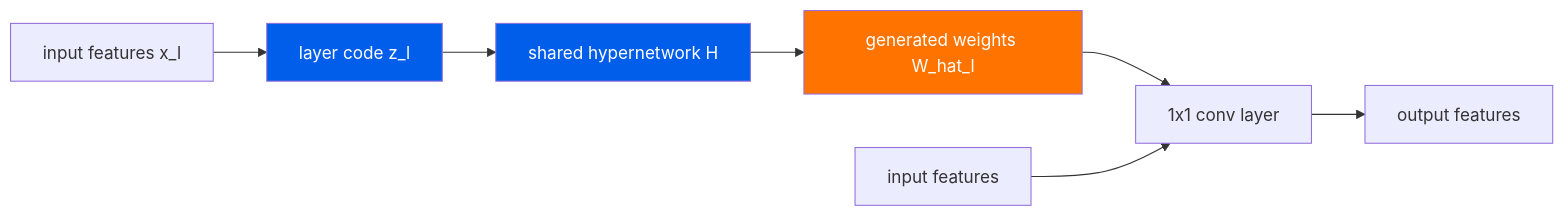
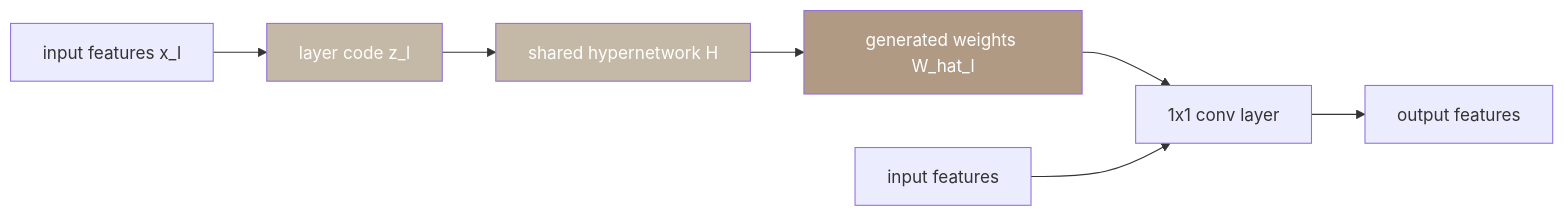
The diagram in _digests/2603.24916.md (bopi-bot/bopi-research), drawn with Mermaid before and after one commit. The commit also changed 6 other files, not shown here.

Commit message:
mermaid diagrams: earthy brown/gray palette instead of bright blue/orange

````diff
--- a/_digests/2603.24916.md
+++ b/_digests/2603.24916.md
@@ -28,13 +28,13 @@
 ```mermaid
 flowchart LR
     inp[input features x_l] --> code[layer code z_l]
     code --> H[shared hypernetwork H]
     H --> gen[generated weights W_hat_l]
     gen --> conv[1x1 conv layer]
     inp2[input features] --> conv
     conv --> out[output features]
     
-    style code fill:#005EEA,color:#fff
-    style H fill:#005EEA,color:#fff
-    style gen fill:#FF7400,color:#fff
+    style code fill:#c4b8a6,color:#fff
+    style H fill:#c4b8a6,color:#fff
+    style gen fill:#b09a84,color:#fff
 ```
````
